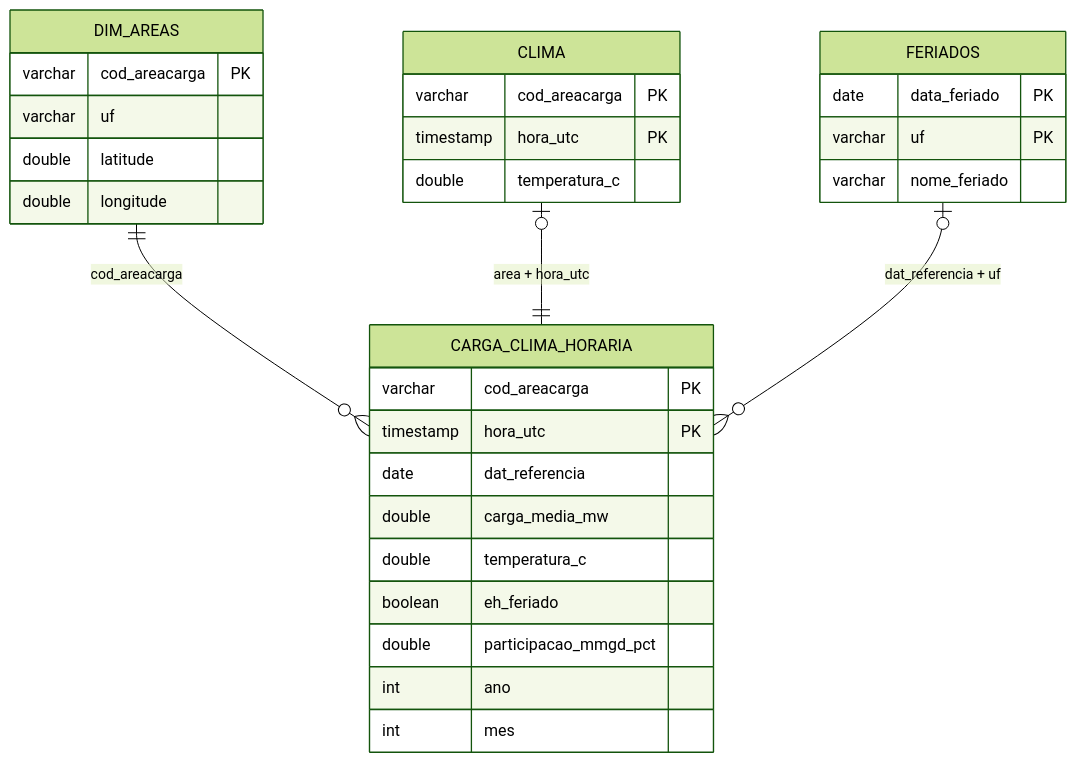
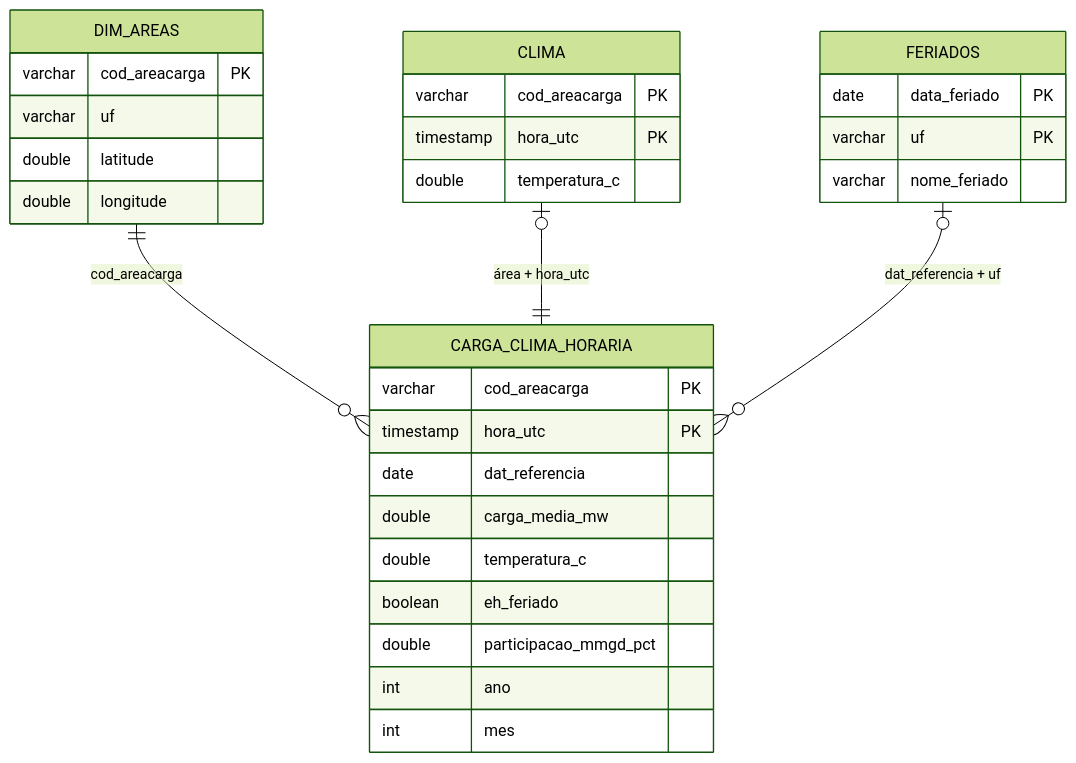
One commit to ildeanmaster-dot/ft03-pipeline-energia-clima changed the fifth of 9 diagrams in docs/02-arquitetura/diagramas.md. Above: the diagram before and after it, drawn with Mermaid (forest theme). The commit also changed other lines of this file and 26 other files, not shown here.

````diff
--- a/docs/02-arquitetura/diagramas.md
+++ b/docs/02-arquitetura/diagramas.md
@@ -96,33 +96,33 @@
 ```mermaid
 erDiagram
     DIM_AREAS ||--o{ CARGA_CLIMA_HORARIA : "cod_areacarga"
-    CLIMA |o--|| CARGA_CLIMA_HORARIA : "area + hora_utc"
+    CLIMA |o--|| CARGA_CLIMA_HORARIA : "área + hora_utc"
     FERIADOS |o--o{ CARGA_CLIMA_HORARIA : "dat_referencia + uf"
     CARGA_CLIMA_HORARIA {
         varchar cod_areacarga PK
         timestamp hora_utc PK
         date dat_referencia
         double carga_media_mw
         double temperatura_c
         boolean eh_feriado
         double participacao_mmgd_pct
         int ano
         int mes
     }
     DIM_AREAS {
         varchar cod_areacarga PK
         varchar uf
         double latitude
         double longitude
     }
     CLIMA {
         varchar cod_areacarga PK
         timestamp hora_utc PK
         double temperatura_c
     }
     FERIADOS {
         date data_feriado PK
         varchar uf PK
         varchar nome_feriado
     }
 ```
````
